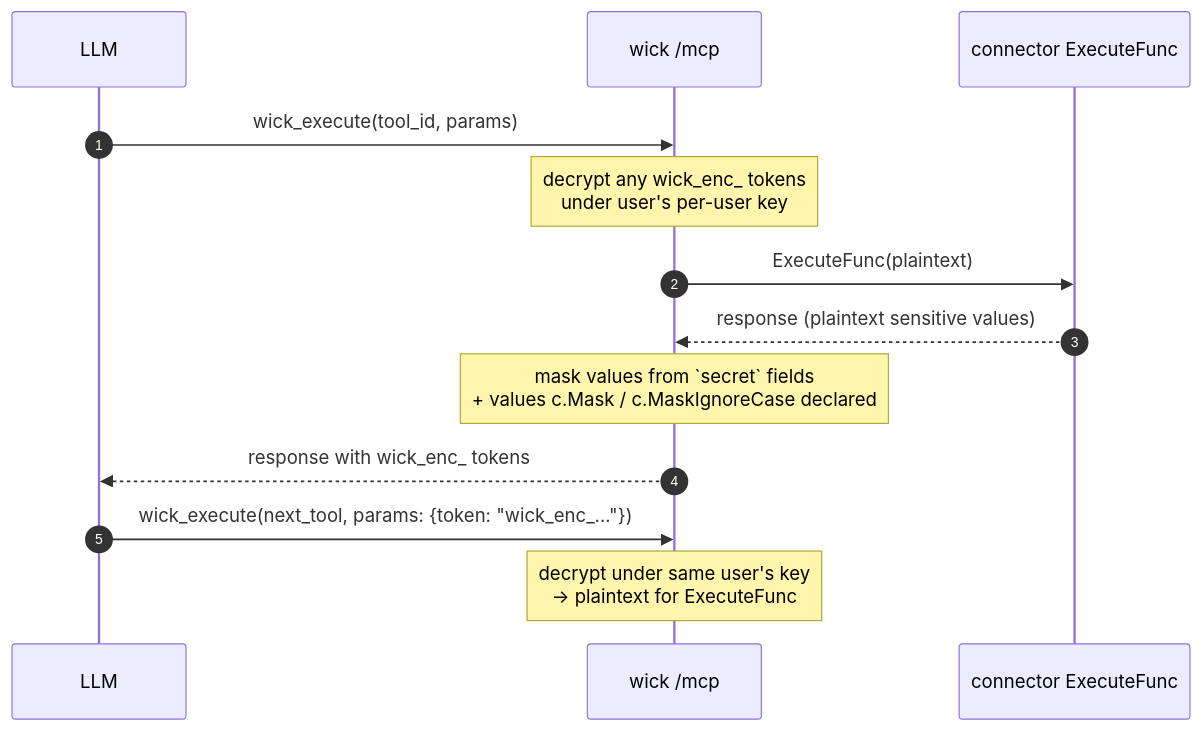
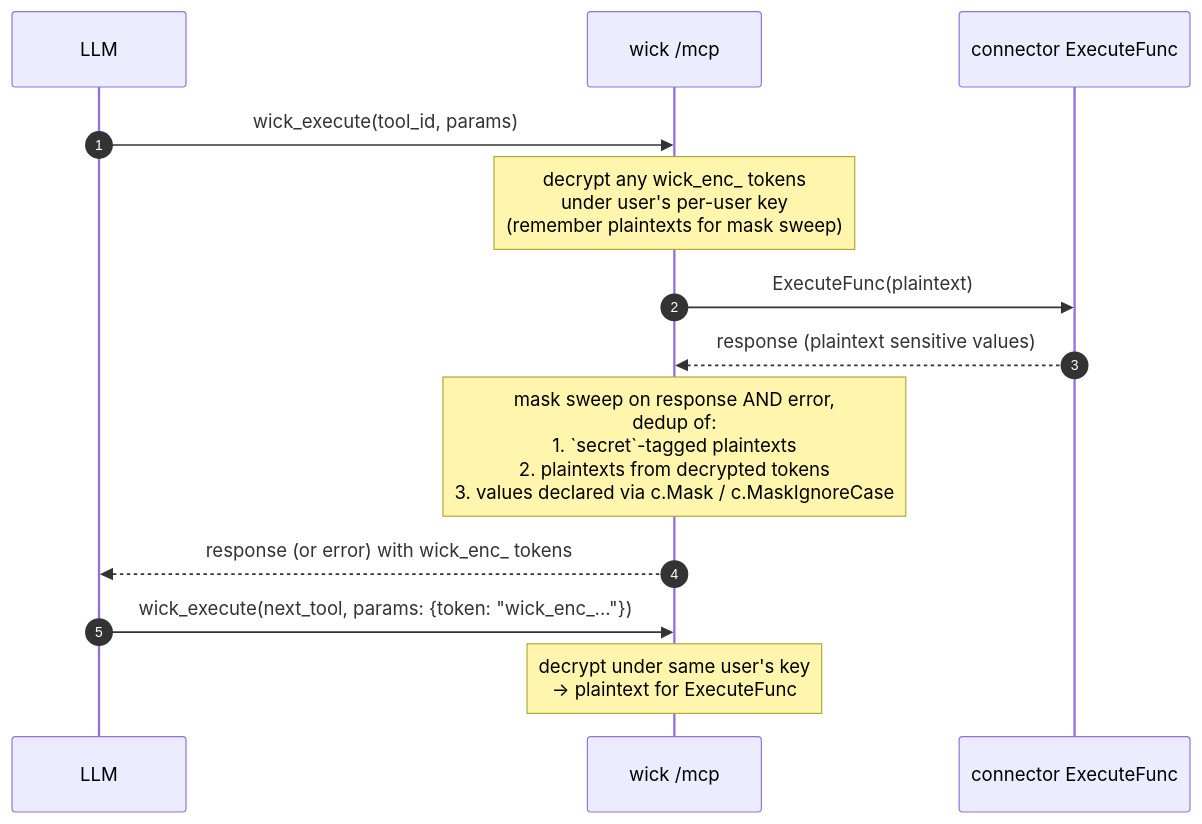
The second of 2 diagrams in docs/guide/mcp.md (aguung/wick), drawn with Mermaid before and after one commit. The commit also changed other lines of this file and 6 other files, not shown here.

````diff
--- a/docs/guide/mcp.md
+++ b/docs/guide/mcp.md
@@ -110,16 +110,16 @@
 ```mermaid
 sequenceDiagram
     autonumber
     participant LLM
     participant MCP as wick /mcp
     participant Op as connector ExecuteFunc
 
     LLM->>MCP: wick_execute(tool_id, params)
-    Note over MCP: decrypt any wick_enc_ tokens<br/>under user's per-user key
+    Note over MCP: decrypt any wick_enc_ tokens<br/>under user's per-user key<br/>(remember plaintexts for mask sweep)
     MCP->>Op: ExecuteFunc(plaintext)
     Op-->>MCP: response (plaintext sensitive values)
-    Note over MCP: mask values from `secret` fields<br/>+ values c.Mask / c.MaskIgnoreCase declared
-    MCP-->>LLM: response with wick_enc_ tokens
+    Note over MCP: mask sweep on response AND error,<br/>dedup of:<br/>1. `secret`-tagged plaintexts<br/>2. plaintexts from decrypted tokens<br/>3. values declared via c.Mask / c.MaskIgnoreCase
+    MCP-->>LLM: response (or error) with wick_enc_ tokens
     LLM->>MCP: wick_execute(next_tool, params: {token: "wick_enc_..."})
     Note over MCP: decrypt under same user's key<br/>→ plaintext for ExecuteFunc
 ```
````
